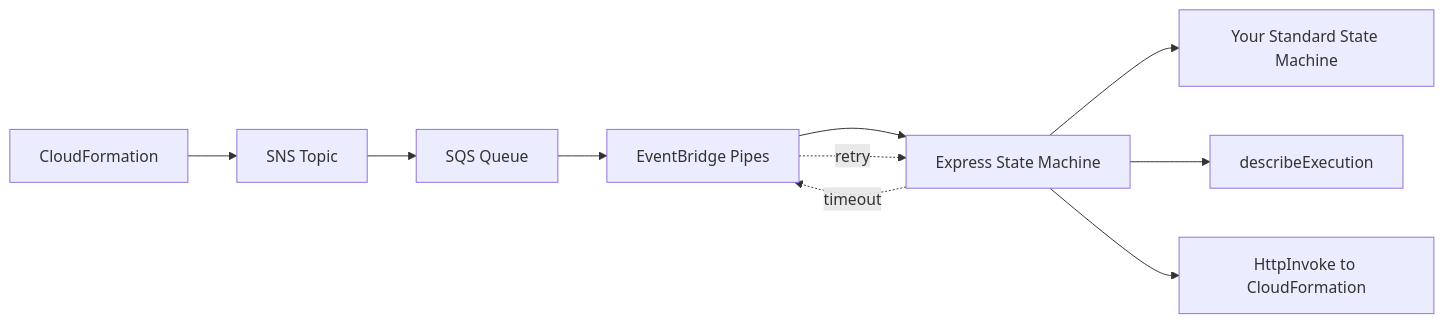
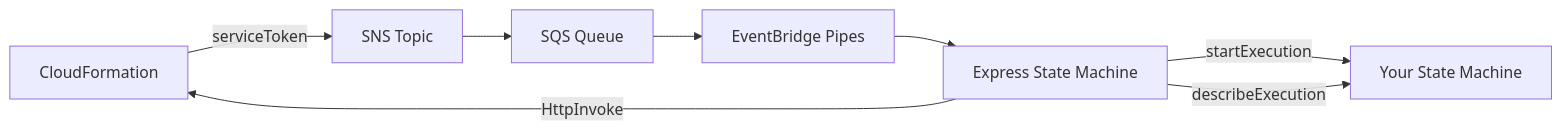
One commit to WinterYukky/aws-cdk-lambdaless-custom-resource changed the diagram in README.md. Above: the diagram before and after it, drawn with Mermaid. The commit also changed other lines of this file, not shown here.

Commit message:
docs: simplify architecture diagram in README

````diff
--- a/README.md
+++ b/README.md
@@ -11,12 +11,10 @@
 ```mermaid
 graph LR
-    A[CloudFormation] --> B[SNS Topic]
-    B --> C[SQS Queue]
-    C --> D[EventBridge Pipes]
-    D --> E[Express State Machine]
-    E --> F[Your Standard State Machine]
-    E --> G[describeExecution]
-    E --> H[HttpInvoke to CloudFormation]
-    E -.timeout.-> D
-    D -.retry.-> E
+    CFn[CloudFormation] -->|serviceToken| SNS[SNS Topic]
+    SNS --> SQS[SQS Queue]
+    SQS --> Pipes[EventBridge Pipes]
+    Pipes --> Express[Express State Machine]
+    Express -->|startExecution| Standard[Your State Machine]
+    Express -->|describeExecution| Standard
+    Express -->|HttpInvoke| CFn
 ```
````
